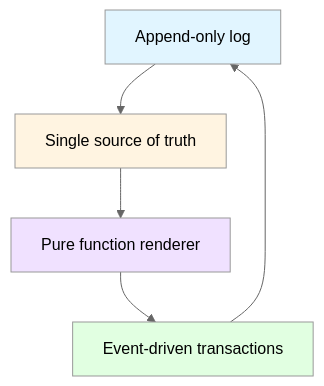
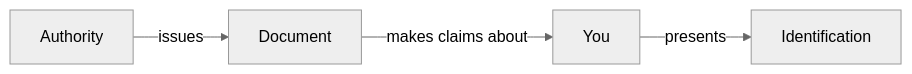
Before and after one commit to Synthetic-Identity-Co/conj-talk-2025: the first of 5 diagrams in conj-talk-2025.md, drawn with Mermaid (neutral theme). The commit also changed other lines of this file, not shown here.

````diff
--- a/conj-talk-2025.md
+++ b/conj-talk-2025.md
@@ -133,12 +75,6 @@
 ```mermaid
-graph TD
-    A[Append-only log] --> B[Single source of truth]
-    B --> C[Pure function renderer]
-    C --> D[Event-driven transactions]
-    D --> A
-    
-    style A fill:#e1f5ff
-    style B fill:#fff4e1
-    style C fill:#f0e1ff
-    style D fill:#e1ffe1
+graph LR
+    A[Authority] -->|issues| B[Document]
+    B -->|makes claims about| C[You]
+    C -->|presents| D[Identification]
 ```
````
